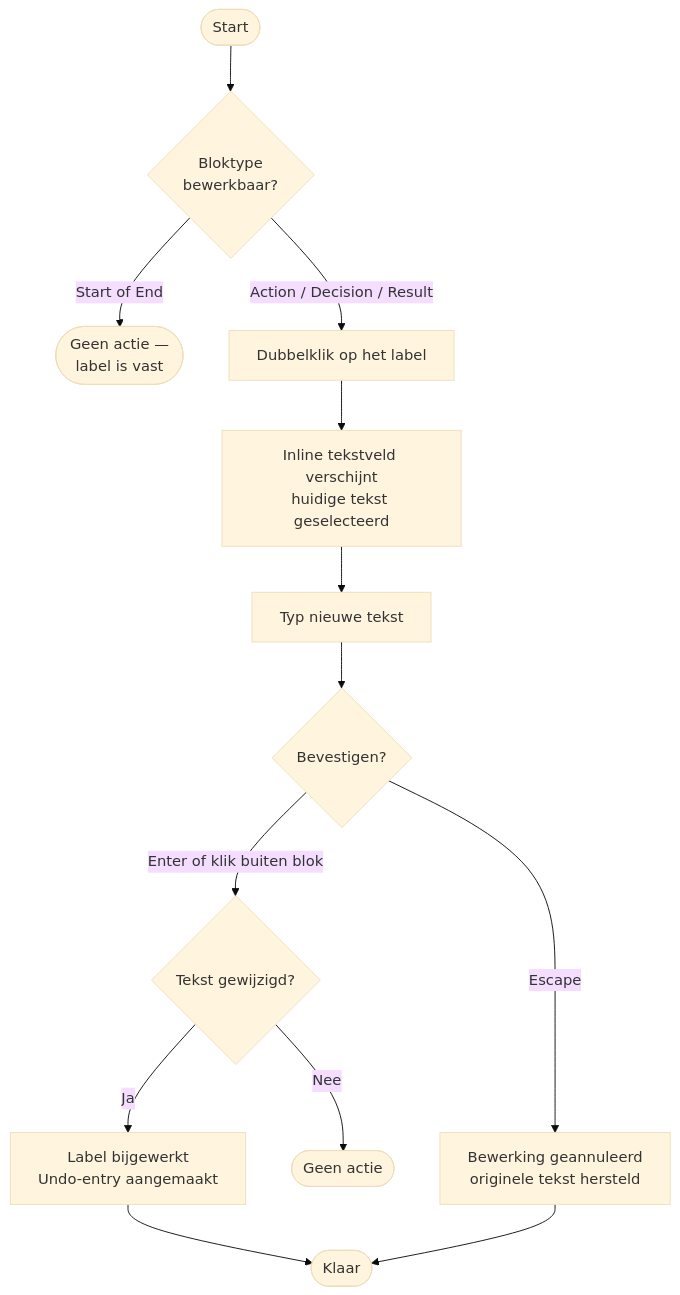
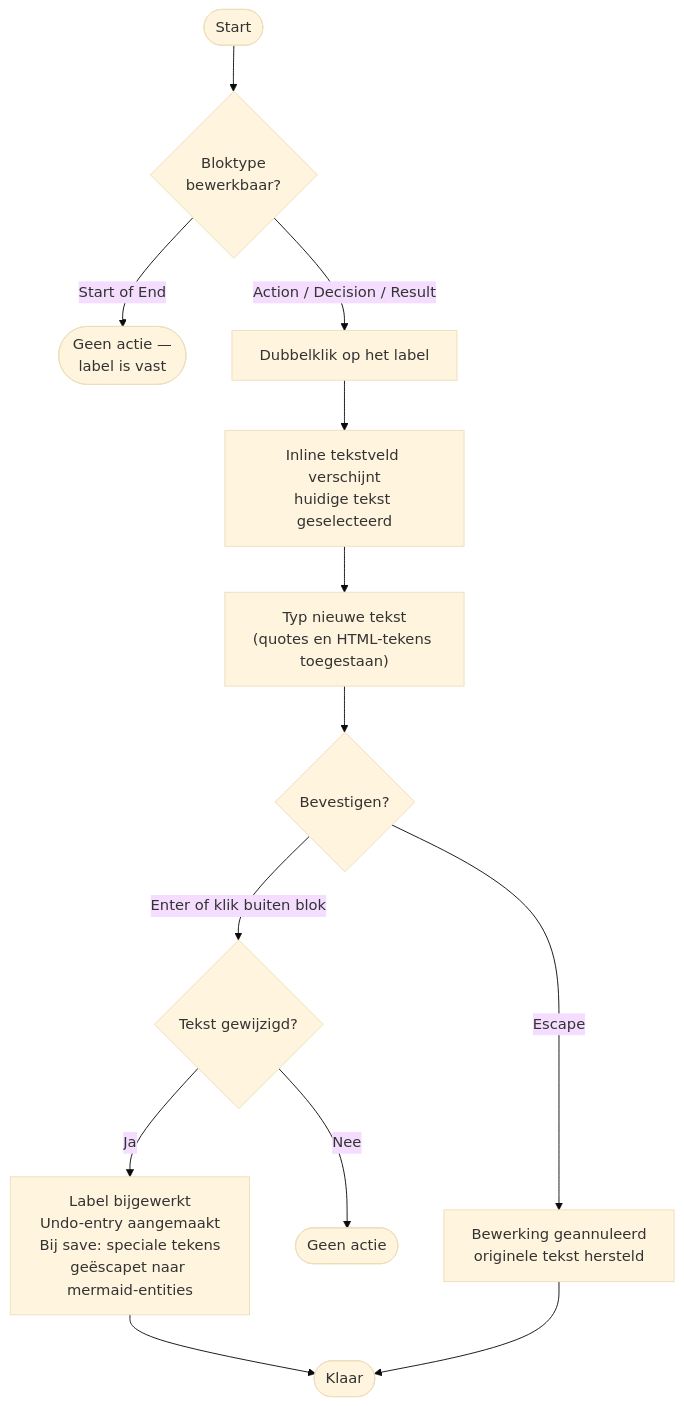
One commit to GRJX/mmd-flowchart changed diagram 16 of 20 in docs/USERFLOWS.md. Above: the diagram before and after it, drawn with Mermaid (base theme). The commit also changed other lines of this file and 16 other files, not shown here.

````diff
--- a/docs/USERFLOWS.md
+++ b/docs/USERFLOWS.md
@@ -287,15 +334,15 @@
 ```mermaid
 flowchart TD
     A([Start]) --> B{"Bloktype<br>bewerkbaar?"}
     B -- "Start of End" --> C(["Geen actie —<br>label is vast"])
     B -- "Action / Decision / Result" --> D[Dubbelklik op het label]
     D --> E["Inline tekstveld verschijnt<br>huidige tekst geselecteerd"]
-    E --> F[Typ nieuwe tekst]
+    E --> F["Typ nieuwe tekst<br>(quotes en HTML-tekens toegestaan)"]
     F --> G{Bevestigen?}
     G -- "Enter of klik buiten blok" --> H{Tekst gewijzigd?}
-    H -- Ja --> I["Label bijgewerkt<br>Undo-entry aangemaakt"]
+    H -- Ja --> I["Label bijgewerkt<br>Undo-entry aangemaakt<br>Bij save: speciale tekens<br>geëscapet naar mermaid-entities"]
     H -- Nee --> J([Geen actie])
     G -- Escape --> K["Bewerking geannuleerd<br>originele tekst hersteld"]
     I --> L([Klaar])
     K --> L
 ```
````
